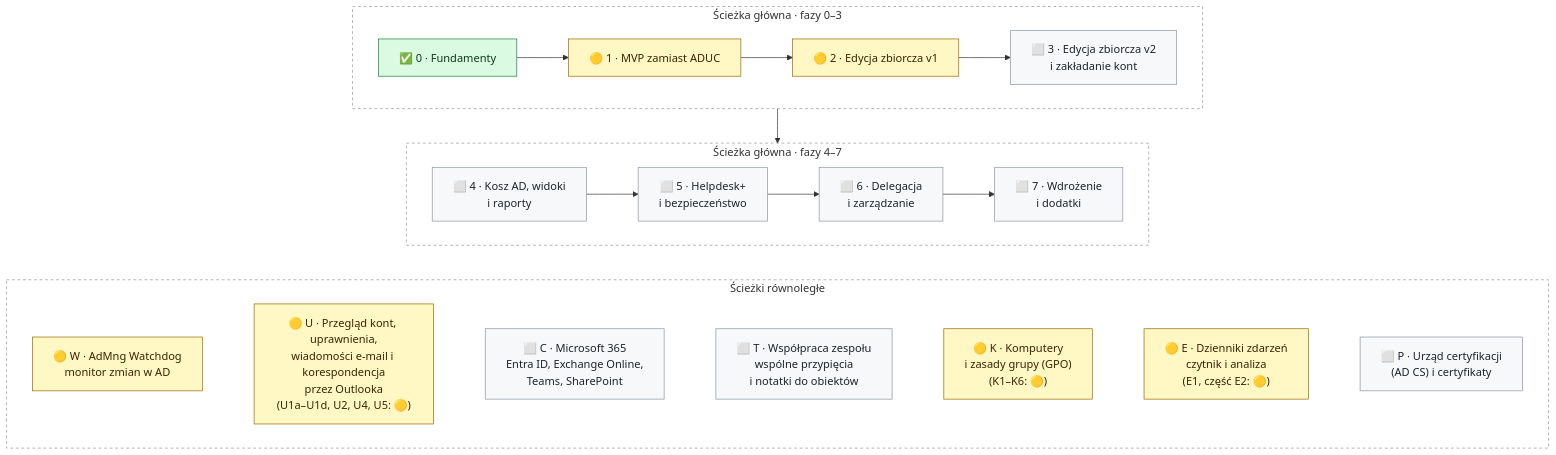
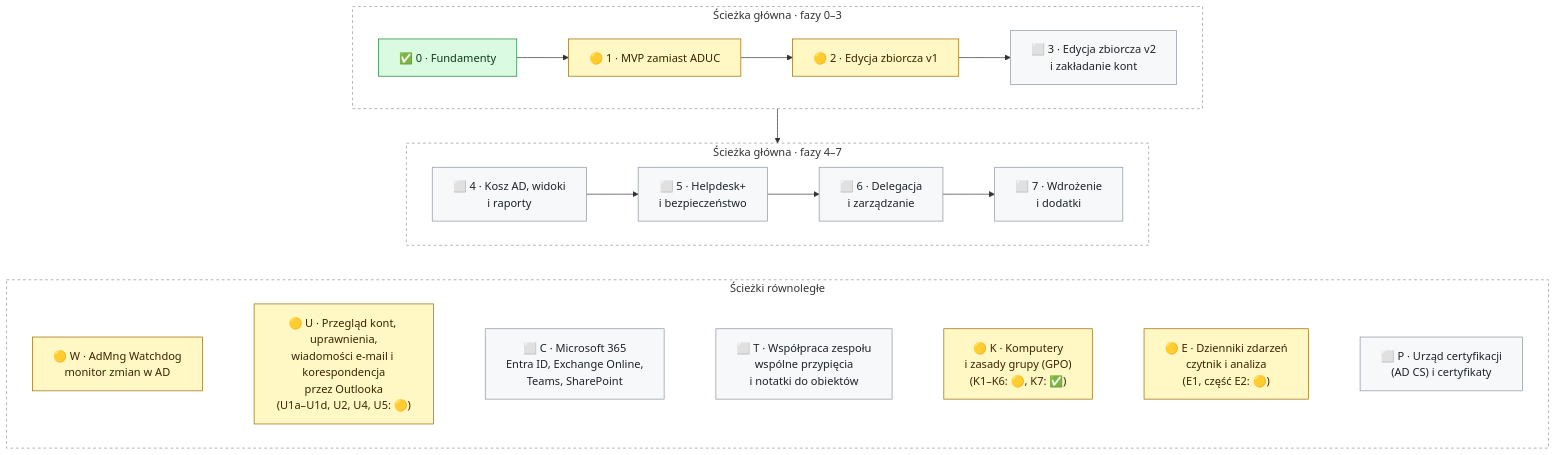
One commit to DarienRahl/AD_MNG changed the diagram in README.md. Above: the diagram before and after it, drawn with Mermaid. The commit also changed other lines of this file and 8 other files, not shown here.

First line of the commit message:
K7 docs: ZASADY-GRUPY chapter 12 (search, copy settings, cleanup), chapters renumbered, README, roadmap, pilot, architecture

````diff
--- a/README.md
+++ b/README.md
@@ -187,26 +187,26 @@
 ```mermaid
 flowchart TB
     subgraph A["Ścieżka główna · fazy 0–3"]
         direction LR
         F0["✅ 0 · Fundamenty"] --> F1["🟡 1 · MVP zamiast ADUC"] --> F2["🟡 2 · Edycja zbiorcza v1"] --> F3["⬜ 3 · Edycja zbiorcza v2<br/>i zakładanie kont"]
     end
     subgraph B["Ścieżka główna · fazy 4–7"]
         direction LR
         F4["⬜ 4 · Kosz AD, widoki<br/>i raporty"] --> F5["⬜ 5 · Helpdesk+<br/>i bezpieczeństwo"] --> F6["⬜ 6 · Delegacja<br/>i zarządzanie"] --> F7["⬜ 7 · Wdrożenie<br/>i dodatki"]
     end
     subgraph C["Ścieżki równoległe"]
         direction LR
-        W["🟡 W · AdMng Watchdog<br/>monitor zmian w AD"] ~~~ U["🟡 U · Przegląd kont, uprawnienia,<br/>wiadomości e-mail i korespondencja<br/>przez Outlooka<br/>(U1a–U1d, U2, U4, U5: 🟡)"] ~~~ M365["⬜ C · Microsoft 365<br/>Entra ID, Exchange Online,<br/>Teams, SharePoint"] ~~~ TEAM["⬜ T · Współpraca zespołu<br/>wspólne przypięcia<br/>i notatki do obiektów"] ~~~ K["🟡 K · Komputery<br/>i zasady grupy (GPO)<br/>(K1–K6: 🟡)"] ~~~ EVT["🟡 E · Dzienniki zdarzeń<br/>czytnik i analiza<br/>(E1, część E2: 🟡)"] ~~~ PKI["⬜ P · Urząd certyfikacji<br/>(AD CS) i certyfikaty"]
+        W["🟡 W · AdMng Watchdog<br/>monitor zmian w AD"] ~~~ U["🟡 U · Przegląd kont, uprawnienia,<br/>wiadomości e-mail i korespondencja<br/>przez Outlooka<br/>(U1a–U1d, U2, U4, U5: 🟡)"] ~~~ M365["⬜ C · Microsoft 365<br/>Entra ID, Exchange Online,<br/>Teams, SharePoint"] ~~~ TEAM["⬜ T · Współpraca zespołu<br/>wspólne przypięcia<br/>i notatki do obiektów"] ~~~ K["🟡 K · Komputery<br/>i zasady grupy (GPO)<br/>(K1–K6: 🟡, K7: ✅)"] ~~~ EVT["🟡 E · Dzienniki zdarzeń<br/>czytnik i analiza<br/>(E1, część E2: 🟡)"] ~~~ PKI["⬜ P · Urząd certyfikacji<br/>(AD CS) i certyfikaty"]
     end
     A --> B
     B ~~~ C
     classDef done fill:#dafbe1,stroke:#1a7f37,color:#0d3a1a
     classDef wip fill:#fff8c5,stroke:#9a6700,color:#3b2300
     classDef todo fill:#f6f8fa,stroke:#8c959f,color:#1f2328
     class F0 done
     class F1,F2,W,U,K,EVT wip
     class F3,F4,F5,F6,F7,M365,TEAM,PKI todo
     style A fill:transparent,stroke:#8c959f,stroke-dasharray:4 4
     style B fill:transparent,stroke:#8c959f,stroke-dasharray:4 4
     style C fill:transparent,stroke:#8c959f,stroke-dasharray:4 4
 ```
````
